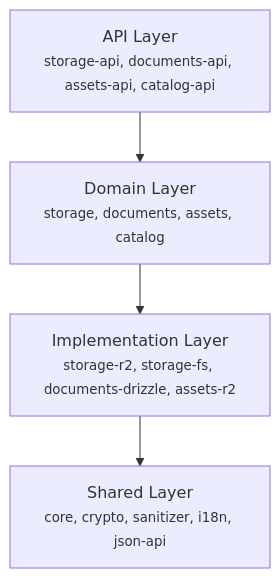
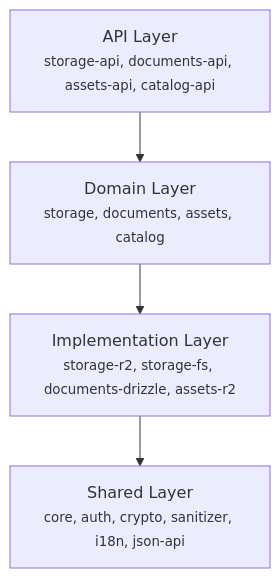
Before and after one commit to laikacms/laikacms: the first of 2 diagrams in docs/concepts/architecture.md, drawn with Mermaid. The commit also changed other lines of this file and 113 other files, not shown here.

````diff
--- a/docs/concepts/architecture.md
+++ b/docs/concepts/architecture.md
@@ -48,9 +33,9 @@
 ```mermaid
 flowchart TD
   api["API Layer<br/><small>storage-api, documents-api, assets-api, catalog-api</small>"]
   domain["Domain Layer<br/><small>storage, documents, assets, catalog</small>"]
   implementation["Implementation Layer<br/><small>storage-r2, storage-fs, documents-drizzle, assets-r2</small>"]
-  shared["Shared Layer<br/><small>core, crypto, sanitizer, i18n, json-api</small>"]
+  shared["Shared Layer<br/><small>core, auth, crypto, sanitizer, i18n, json-api</small>"]
 
   api --> domain --> implementation --> shared
 ```
````
